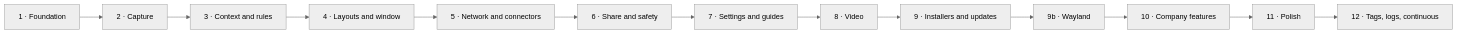
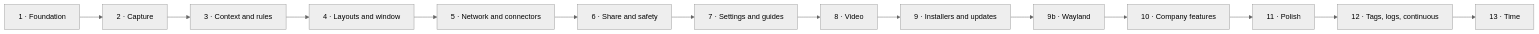
One commit to SotharL/CargoFrame changed the third of 3 diagrams in docs/development-plan.md. Above: the diagram before and after it, drawn with Mermaid (neutral theme). The commit also changed other lines of this file and 45 other files, not shown here.

````diff
--- a/docs/development-plan.md
+++ b/docs/development-plan.md
@@ -194,15 +194,16 @@
 ```mermaid
 flowchart LR
     P1[1 · Foundation] --> P2[2 · Capture]
     P2 --> P3[3 · Context and rules]
     P3 --> P4[4 · Layouts and window]
     P4 --> P5[5 · Network and connectors]
     P5 --> P6[6 · Share and safety]
     P6 --> P7[7 · Settings and guides]
     P7 --> P8[8 · Video]
     P8 --> P9[9 · Installers and updates]
     P9 --> P9b[9b · Wayland]
     P9b --> P10[10 · Company features]
     P10 --> P11[11 · Polish]
     P11 --> P12[12 · Tags, logs, continuous]
+    P12 --> P13[13 · Time]
 ```
````
